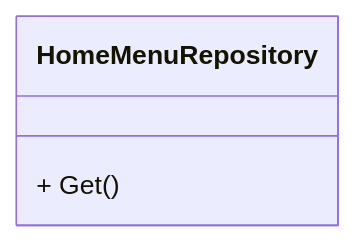
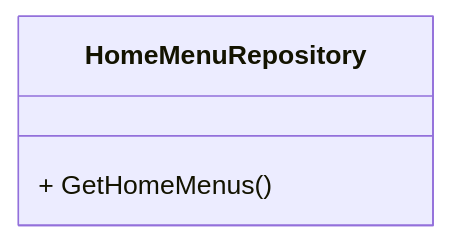
Before and after one commit to MrWangpeilin945/FlutterIOS: the third of 10 diagrams in Documents/API設計書/src/docs/6_リポジトリ.adoc, drawn with Mermaid. The commit also changed other lines of this file and 1 other file, not shown here.

Commit message:
API設計書 ユースケースとリポジトリのクラス図を更新

```diff
--- a/Documents/API設計書/src/docs/6_リポジトリ.adoc
+++ b/Documents/API設計書/src/docs/6_リポジトリ.adoc
@@ -29,7 +31,7 @@
 [mermaid,HomeMenu-r-cd,png]
 ----
 classDiagram
 class HomeMenuRepository {
-  + Get()
+  + GetHomeMenus()
 }
 ----
```
